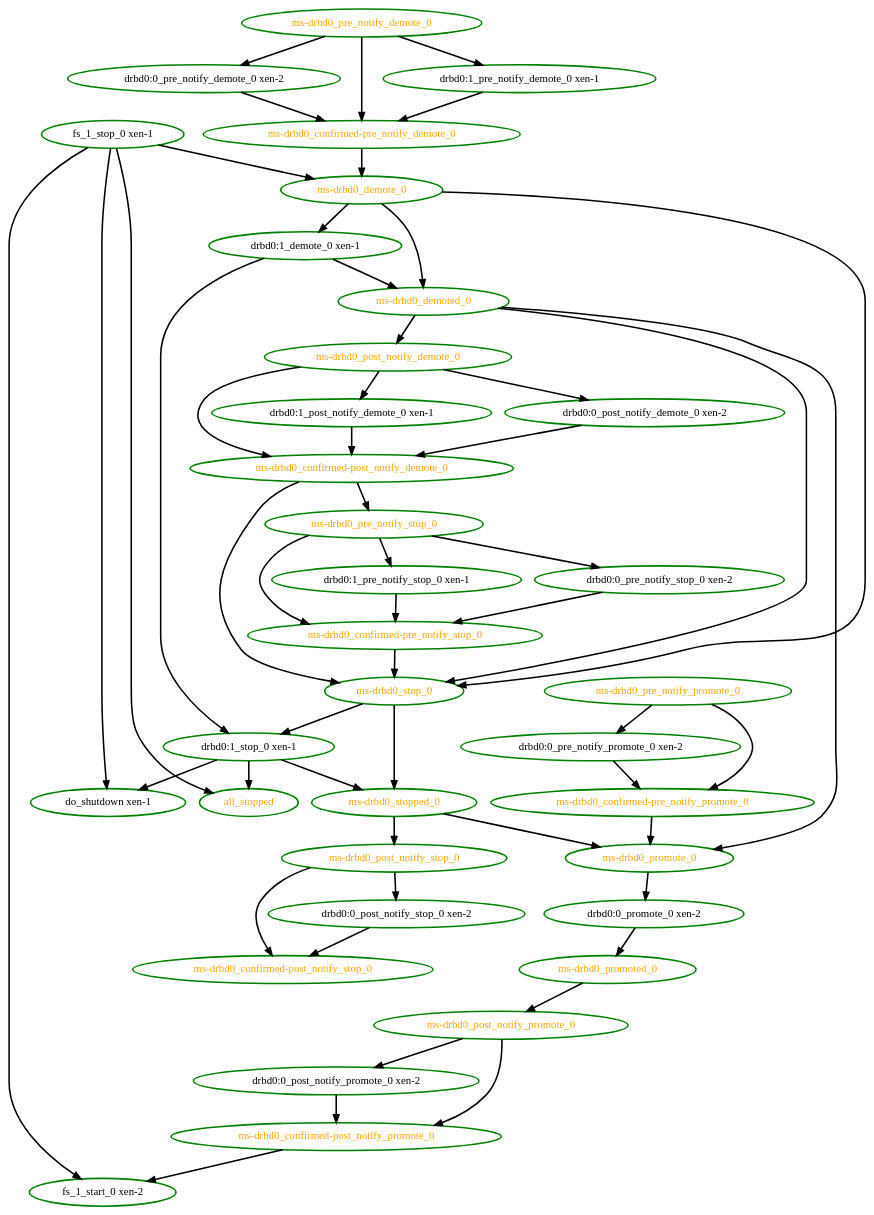
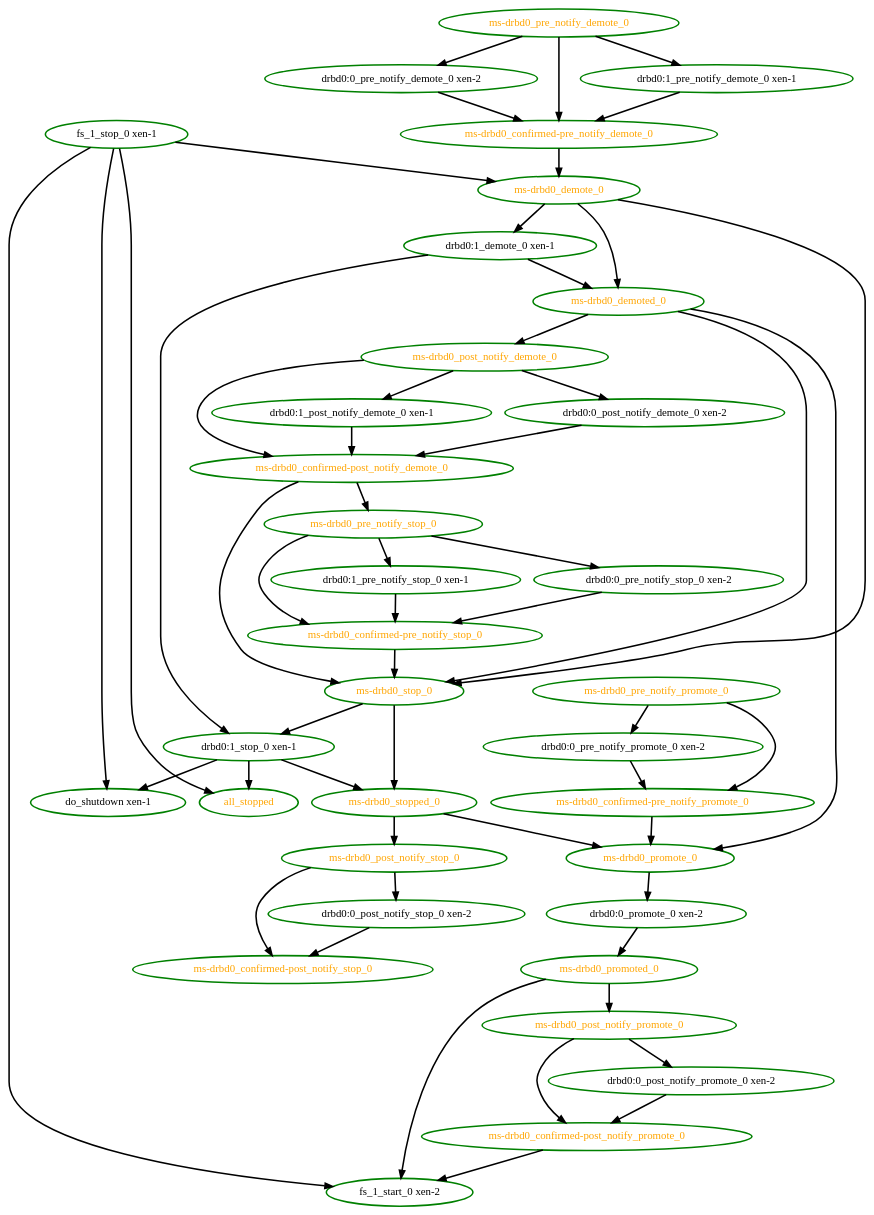
The diagram in pengine/testcases/novell-239082.dot (linux-ha-japan/pm_diskd), drawn with Graphviz before and after one commit. The commit also changed 23 other files, not shown here.

```diff
--- a/pengine/testcases/novell-239082.dot
+++ b/pengine/testcases/novell-239082.dot
@@ -1,88 +1,89 @@
  digraph "g" {
 "all_stopped" [ style=bold color="green" fontcolor="orange"  ]
 "do_shutdown xen-1" [ style=bold color="green" fontcolor="black"  ]
 "drbd0:0_post_notify_demote_0 xen-2" -> "ms-drbd0_confirmed-post_notify_demote_0" [ style = bold]
 "drbd0:0_post_notify_demote_0 xen-2" [ style=bold color="green" fontcolor="black"  ]
 "drbd0:0_post_notify_promote_0 xen-2" -> "ms-drbd0_confirmed-post_notify_promote_0" [ style = bold]
 "drbd0:0_post_notify_promote_0 xen-2" [ style=bold color="green" fontcolor="black"  ]
 "drbd0:0_post_notify_stop_0 xen-2" -> "ms-drbd0_confirmed-post_notify_stop_0" [ style = bold]
 "drbd0:0_post_notify_stop_0 xen-2" [ style=bold color="green" fontcolor="black"  ]
 "drbd0:0_pre_notify_demote_0 xen-2" -> "ms-drbd0_confirmed-pre_notify_demote_0" [ style = bold]
 "drbd0:0_pre_notify_demote_0 xen-2" [ style=bold color="green" fontcolor="black"  ]
 "drbd0:0_pre_notify_promote_0 xen-2" -> "ms-drbd0_confirmed-pre_notify_promote_0" [ style = bold]
 "drbd0:0_pre_notify_promote_0 xen-2" [ style=bold color="green" fontcolor="black"  ]
 "drbd0:0_pre_notify_stop_0 xen-2" -> "ms-drbd0_confirmed-pre_notify_stop_0" [ style = bold]
 "drbd0:0_pre_notify_stop_0 xen-2" [ style=bold color="green" fontcolor="black"  ]
 "drbd0:0_promote_0 xen-2" -> "ms-drbd0_promoted_0" [ style = bold]
 "drbd0:0_promote_0 xen-2" [ style=bold color="green" fontcolor="black"  ]
 "drbd0:1_demote_0 xen-1" -> "drbd0:1_stop_0 xen-1" [ style = bold]
 "drbd0:1_demote_0 xen-1" -> "ms-drbd0_demoted_0" [ style = bold]
 "drbd0:1_demote_0 xen-1" [ style=bold color="green" fontcolor="black"  ]
 "drbd0:1_post_notify_demote_0 xen-1" -> "ms-drbd0_confirmed-post_notify_demote_0" [ style = bold]
 "drbd0:1_post_notify_demote_0 xen-1" [ style=bold color="green" fontcolor="black"  ]
 "drbd0:1_pre_notify_demote_0 xen-1" -> "ms-drbd0_confirmed-pre_notify_demote_0" [ style = bold]
 "drbd0:1_pre_notify_demote_0 xen-1" [ style=bold color="green" fontcolor="black"  ]
 "drbd0:1_pre_notify_stop_0 xen-1" -> "ms-drbd0_confirmed-pre_notify_stop_0" [ style = bold]
 "drbd0:1_pre_notify_stop_0 xen-1" [ style=bold color="green" fontcolor="black"  ]
 "drbd0:1_stop_0 xen-1" -> "all_stopped" [ style = bold]
 "drbd0:1_stop_0 xen-1" -> "do_shutdown xen-1" [ style = bold]
 "drbd0:1_stop_0 xen-1" -> "ms-drbd0_stopped_0" [ style = bold]
 "drbd0:1_stop_0 xen-1" [ style=bold color="green" fontcolor="black"  ]
 "fs_1_start_0 xen-2" [ style=bold color="green" fontcolor="black"  ]
 "fs_1_stop_0 xen-1" -> "all_stopped" [ style = bold]
 "fs_1_stop_0 xen-1" -> "do_shutdown xen-1" [ style = bold]
 "fs_1_stop_0 xen-1" -> "fs_1_start_0 xen-2" [ style = bold]
 "fs_1_stop_0 xen-1" -> "ms-drbd0_demote_0" [ style = bold]
 "fs_1_stop_0 xen-1" [ style=bold color="green" fontcolor="black"  ]
 "ms-drbd0_confirmed-post_notify_demote_0" -> "ms-drbd0_pre_notify_stop_0" [ style = bold]
 "ms-drbd0_confirmed-post_notify_demote_0" -> "ms-drbd0_stop_0" [ style = bold]
 "ms-drbd0_confirmed-post_notify_demote_0" [ style=bold color="green" fontcolor="orange"  ]
 "ms-drbd0_confirmed-post_notify_promote_0" -> "fs_1_start_0 xen-2" [ style = bold]
 "ms-drbd0_confirmed-post_notify_promote_0" [ style=bold color="green" fontcolor="orange"  ]
 "ms-drbd0_confirmed-post_notify_stop_0" [ style=bold color="green" fontcolor="orange"  ]
 "ms-drbd0_confirmed-pre_notify_demote_0" -> "ms-drbd0_demote_0" [ style = bold]
 "ms-drbd0_confirmed-pre_notify_demote_0" [ style=bold color="green" fontcolor="orange"  ]
 "ms-drbd0_confirmed-pre_notify_promote_0" -> "ms-drbd0_promote_0" [ style = bold]
 "ms-drbd0_confirmed-pre_notify_promote_0" [ style=bold color="green" fontcolor="orange"  ]
 "ms-drbd0_confirmed-pre_notify_stop_0" -> "ms-drbd0_stop_0" [ style = bold]
 "ms-drbd0_confirmed-pre_notify_stop_0" [ style=bold color="green" fontcolor="orange"  ]
 "ms-drbd0_demote_0" -> "drbd0:1_demote_0 xen-1" [ style = bold]
 "ms-drbd0_demote_0" -> "ms-drbd0_demoted_0" [ style = bold]
 "ms-drbd0_demote_0" -> "ms-drbd0_stop_0" [ style = bold]
 "ms-drbd0_demote_0" [ style=bold color="green" fontcolor="orange"  ]
 "ms-drbd0_demoted_0" -> "ms-drbd0_post_notify_demote_0" [ style = bold]
 "ms-drbd0_demoted_0" -> "ms-drbd0_promote_0" [ style = bold]
 "ms-drbd0_demoted_0" -> "ms-drbd0_stop_0" [ style = bold]
 "ms-drbd0_demoted_0" [ style=bold color="green" fontcolor="orange"  ]
 "ms-drbd0_post_notify_demote_0" -> "drbd0:0_post_notify_demote_0 xen-2" [ style = bold]
 "ms-drbd0_post_notify_demote_0" -> "drbd0:1_post_notify_demote_0 xen-1" [ style = bold]
 "ms-drbd0_post_notify_demote_0" -> "ms-drbd0_confirmed-post_notify_demote_0" [ style = bold]
 "ms-drbd0_post_notify_demote_0" [ style=bold color="green" fontcolor="orange"  ]
 "ms-drbd0_post_notify_promote_0" -> "drbd0:0_post_notify_promote_0 xen-2" [ style = bold]
 "ms-drbd0_post_notify_promote_0" -> "ms-drbd0_confirmed-post_notify_promote_0" [ style = bold]
 "ms-drbd0_post_notify_promote_0" [ style=bold color="green" fontcolor="orange"  ]
 "ms-drbd0_post_notify_stop_0" -> "drbd0:0_post_notify_stop_0 xen-2" [ style = bold]
 "ms-drbd0_post_notify_stop_0" -> "ms-drbd0_confirmed-post_notify_stop_0" [ style = bold]
 "ms-drbd0_post_notify_stop_0" [ style=bold color="green" fontcolor="orange"  ]
 "ms-drbd0_pre_notify_demote_0" -> "drbd0:0_pre_notify_demote_0 xen-2" [ style = bold]
 "ms-drbd0_pre_notify_demote_0" -> "drbd0:1_pre_notify_demote_0 xen-1" [ style = bold]
 "ms-drbd0_pre_notify_demote_0" -> "ms-drbd0_confirmed-pre_notify_demote_0" [ style = bold]
 "ms-drbd0_pre_notify_demote_0" [ style=bold color="green" fontcolor="orange"  ]
 "ms-drbd0_pre_notify_promote_0" -> "drbd0:0_pre_notify_promote_0 xen-2" [ style = bold]
 "ms-drbd0_pre_notify_promote_0" -> "ms-drbd0_confirmed-pre_notify_promote_0" [ style = bold]
 "ms-drbd0_pre_notify_promote_0" [ style=bold color="green" fontcolor="orange"  ]
 "ms-drbd0_pre_notify_stop_0" -> "drbd0:0_pre_notify_stop_0 xen-2" [ style = bold]
 "ms-drbd0_pre_notify_stop_0" -> "drbd0:1_pre_notify_stop_0 xen-1" [ style = bold]
 "ms-drbd0_pre_notify_stop_0" -> "ms-drbd0_confirmed-pre_notify_stop_0" [ style = bold]
 "ms-drbd0_pre_notify_stop_0" [ style=bold color="green" fontcolor="orange"  ]
 "ms-drbd0_promote_0" -> "drbd0:0_promote_0 xen-2" [ style = bold]
 "ms-drbd0_promote_0" [ style=bold color="green" fontcolor="orange"  ]
+"ms-drbd0_promoted_0" -> "fs_1_start_0 xen-2" [ style = bold]
 "ms-drbd0_promoted_0" -> "ms-drbd0_post_notify_promote_0" [ style = bold]
 "ms-drbd0_promoted_0" [ style=bold color="green" fontcolor="orange"  ]
 "ms-drbd0_stop_0" -> "drbd0:1_stop_0 xen-1" [ style = bold]
 "ms-drbd0_stop_0" -> "ms-drbd0_stopped_0" [ style = bold]
 "ms-drbd0_stop_0" [ style=bold color="green" fontcolor="orange"  ]
 "ms-drbd0_stopped_0" -> "ms-drbd0_post_notify_stop_0" [ style = bold]
 "ms-drbd0_stopped_0" -> "ms-drbd0_promote_0" [ style = bold]
 "ms-drbd0_stopped_0" [ style=bold color="green" fontcolor="orange"  ]
 }
```
